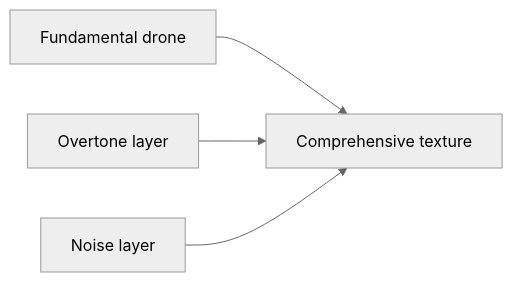
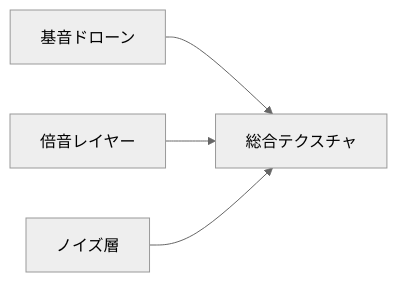
The first of 4 diagrams in en/_posts/2025-12-18-column-ambient-drone-textural-drone.md (monumental-movement/monumental-movement.github.io), drawn with Mermaid (neutral theme) before and after one commit. The commit also changed other lines of this file and 775 other files, not shown here.

```diff
--- a/en/_posts/2025-12-18-column-ambient-drone-textural-drone.md
+++ b/en/_posts/2025-12-18-column-ambient-drone-textural-drone.md
@@ -67,6 +67,6 @@
 <div class="mermaid">
 flowchart LR
-    A["Fundamental drone"] --> D["Comprehensive texture"]
-    B["Overtone layer"] --> D
-    C["Noise layer"] --> D
+    A["基音ドローン"] --> D["総合テクスチャ"]
+    B["倍音レイヤー"] --> D
+    C["ノイズ層"] --> D
 </div>
```
